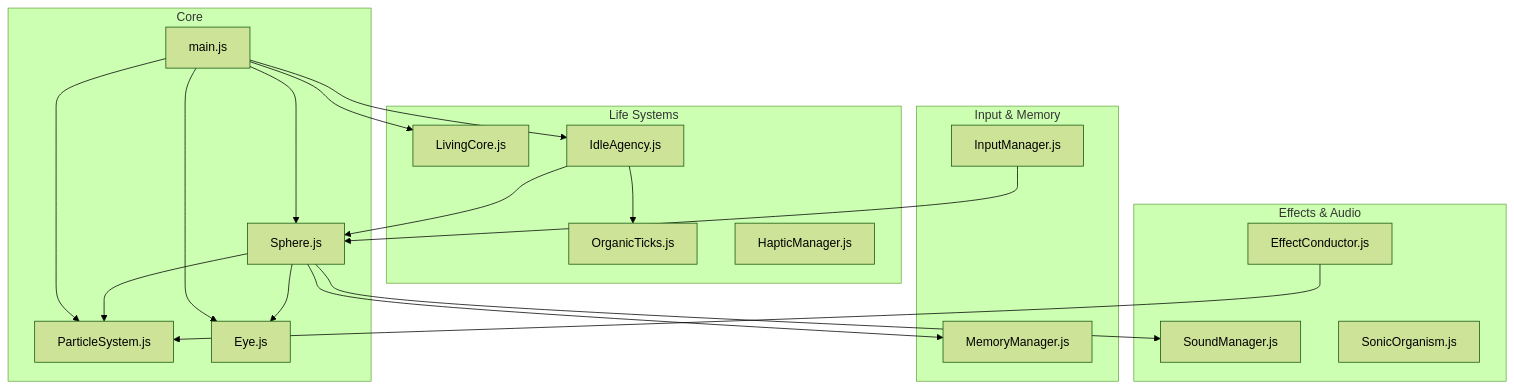
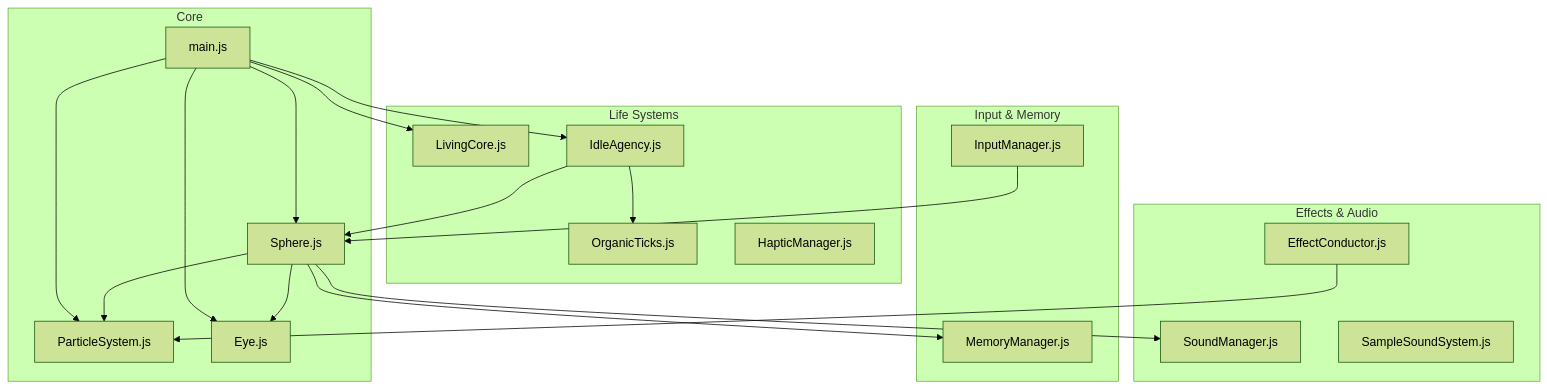
Before and after one commit to Humanji7/sphere-777: the diagram in docs/ARCHITECTURE.md, drawn with Mermaid (forest theme). The commit also changed other lines of this file and 6 other files, not shown here.

First line of the commit message:
cleanup: remove SonicOrganism, update docs

````diff
--- a/docs/ARCHITECTURE.md
+++ b/docs/ARCHITECTURE.md
@@ -11,44 +11,44 @@
 ```mermaid
 graph TB
     subgraph Core["Core"]
         main["main.js"]
         sphere["Sphere.js"]
         particles["ParticleSystem.js"]
         eye["Eye.js"]
     end
     
     subgraph Life["Life Systems"]
         livingCore["LivingCore.js"]
         organicTicks["OrganicTicks.js"]
         idleAgency["IdleAgency.js"]
         haptic["HapticManager.js"]
     end
     
     subgraph Input["Input & Memory"]
         input["InputManager.js"]
         memory["MemoryManager.js"]
     end
     
     subgraph Effects["Effects & Audio"]
         conductor["EffectConductor.js"]
         sound["SoundManager.js"]
-        sonic["SonicOrganism.js"]
+        sampleSound["SampleSoundSystem.js"]
     end
     
     main --> sphere
     main --> particles
     main --> eye
     main --> livingCore
     main --> idleAgency
     
     sphere --> particles
     sphere --> eye
     sphere --> memory
     sphere --> sound
     
     idleAgency --> organicTicks
     idleAgency --> sphere
     
     input --> sphere
     conductor --> particles
 ```
````
